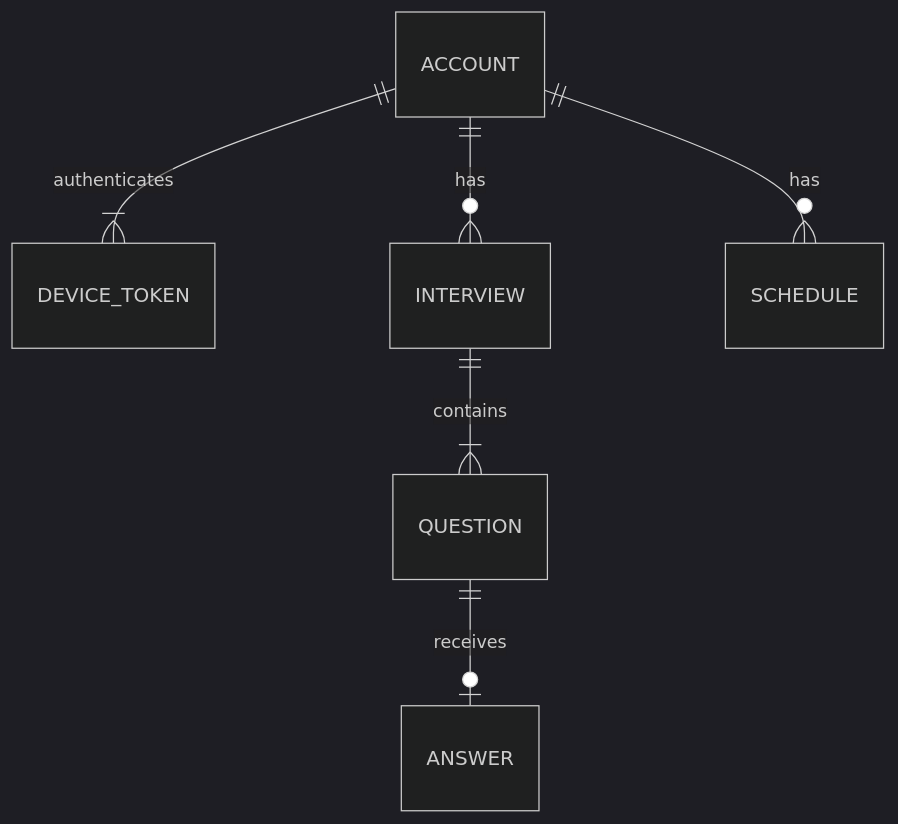
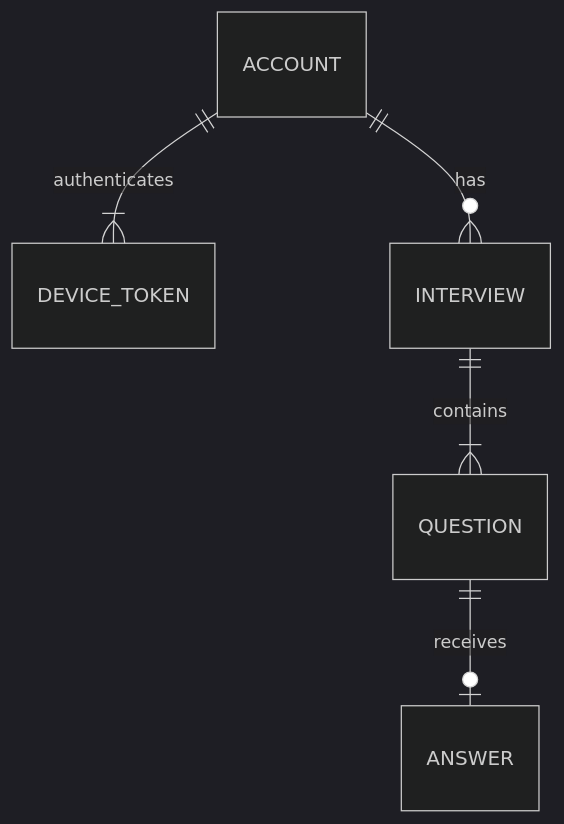
Before and after one commit to znak99/JEC-FirstStepToCareer: the diagram in docs/system-design/DATA.md, drawn with Mermaid (dark theme). The commit also changed other lines of this file and 5 other files, not shown here.

````diff
--- a/docs/system-design/DATA.md
+++ b/docs/system-design/DATA.md
@@ -24,8 +23,7 @@
 ```mermaid
 erDiagram
   ACCOUNT ||--|{ DEVICE_TOKEN : authenticates
   ACCOUNT ||--o{ INTERVIEW : has
-  ACCOUNT ||--o{ SCHEDULE : has
   INTERVIEW ||--|{ QUESTION : contains
   QUESTION ||--o| ANSWER : receives
 ```
````
